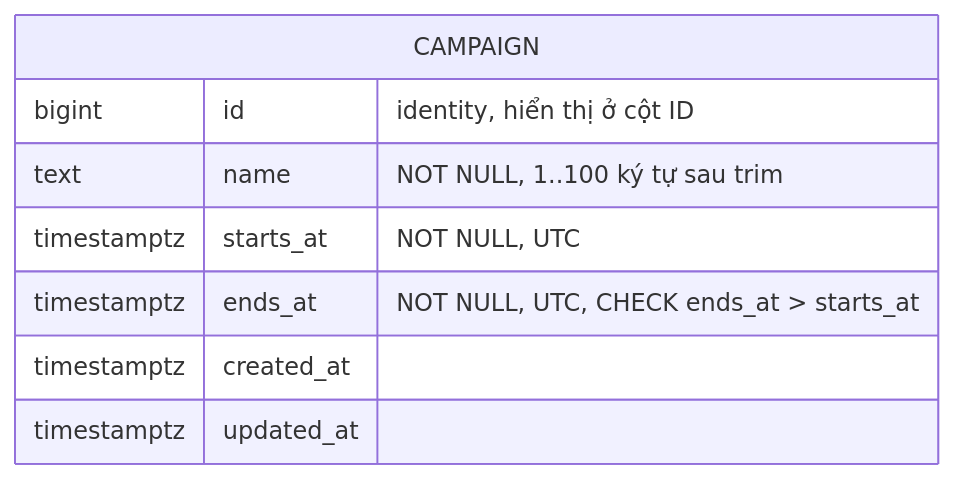
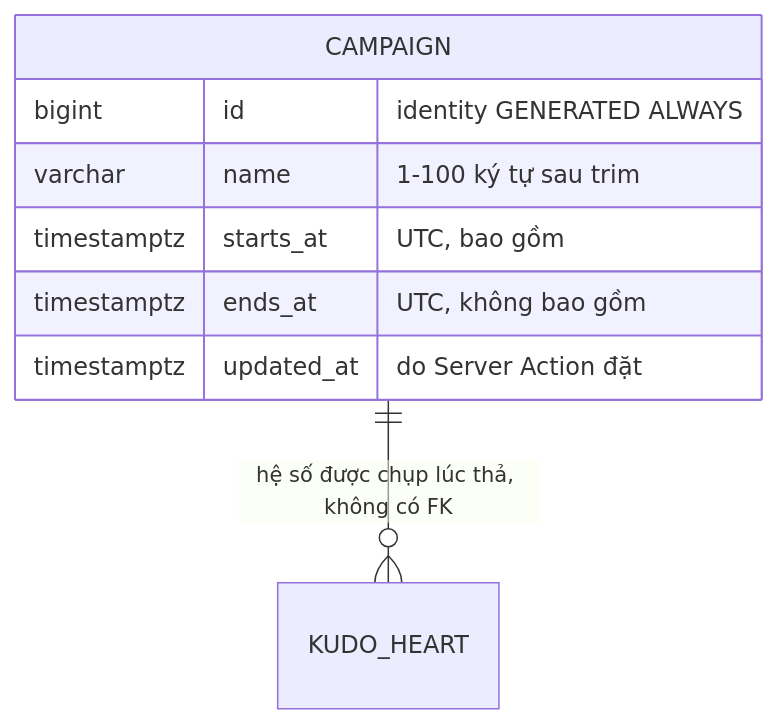
One commit to hailv-3571/agentic-coding-hands-on changed the second of 2 diagrams in docs/features/F011_AdminCampaigns/technical-spec.md. Above: the diagram before and after it, drawn with Mermaid. The commit also changed other lines of this file and 250 other files, not shown here.

````diff
--- a/docs/features/F011_AdminCampaigns/technical-spec.md
+++ b/docs/features/F011_AdminCampaigns/technical-spec.md
@@ -219,11 +213,12 @@
 ```mermaid
 erDiagram
+    %% Campaign không có khoá ngoại; liên hệ với KudoHeart chỉ là logic (hệ số chụp lúc thả tim).
+    CAMPAIGN ||--o{ KUDO_HEART : "hệ số được chụp lúc thả, không có FK"
     CAMPAIGN {
-        bigint id "identity, hiển thị ở cột ID"
-        text name "NOT NULL, 1..100 ký tự sau trim"
-        timestamptz starts_at "NOT NULL, UTC"
-        timestamptz ends_at "NOT NULL, UTC, CHECK ends_at > starts_at"
-        timestamptz created_at
-        timestamptz updated_at
+        bigint id "identity GENERATED ALWAYS"
+        varchar name "1-100 ký tự sau trim"
+        timestamptz starts_at "UTC, bao gồm"
+        timestamptz ends_at "UTC, không bao gồm"
+        timestamptz updated_at "do Server Action đặt"
     }
 ```
````
